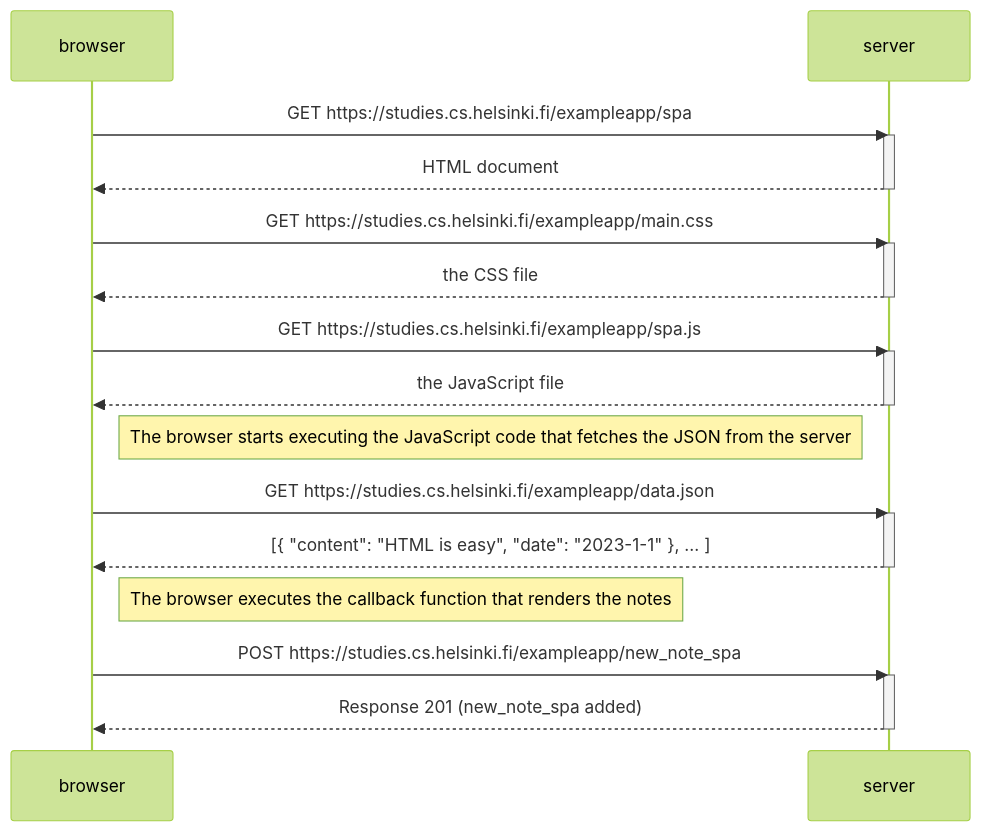
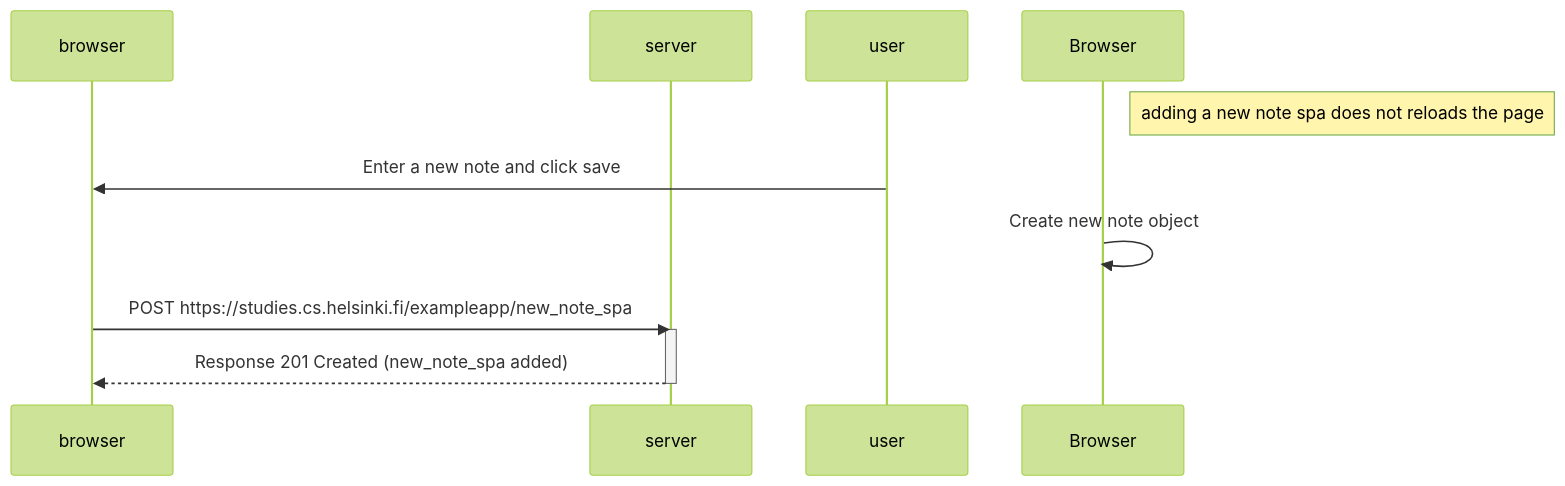
Before and after one commit to nkanagno/my-submissions: the diagram in part0/0.6.New_note_spa_Single_page_app_diagram/New_note__spa_diagram.md, drawn with Mermaid (forest theme). The commit also changed 2 other files, not shown here.

Commit message:
add part0

````diff
--- a/part0/0.6.New_note_spa_Single_page_app_diagram/New_note__spa_diagram.md
+++ b/part0/0.6.New_note_spa_Single_page_app_diagram/New_note__spa_diagram.md
@@ -1,34 +1,16 @@
 ```mermaid
 sequenceDiagram
     participant browser
     participant server
+    participant user
 
-    browser->>server: GET https://studies.cs.helsinki.fi/exampleapp/spa
+    Note right of Browser: adding a new note spa does not reloads the page
+    
+    user->>browser: Enter a new note and click save
+    Browser->>Browser: Create new note object
+    browser->>server: POST https://studies.cs.helsinki.fi/exampleapp/new_note_spa
     activate server
-    server-->>browser: HTML document
+    server-->>browser: Response 201 Created (new_note_spa added)
     deactivate server
 
-    browser->>server: GET https://studies.cs.helsinki.fi/exampleapp/main.css
-    activate server
-    server-->>browser: the CSS file
-    deactivate server
-
-    browser->>server: GET https://studies.cs.helsinki.fi/exampleapp/spa.js
-    activate server
-    server-->>browser: the JavaScript file
-    deactivate server
-
-    Note right of browser: The browser starts executing the JavaScript code that fetches the JSON from the server
-
-    browser->>server: GET https://studies.cs.helsinki.fi/exampleapp/data.json
-    activate server
-    server-->>browser: [{ "content": "HTML is easy", "date": "2023-1-1" }, ... ]
-    deactivate server
-
-    Note right of browser: The browser executes the callback function that renders the notes
-    
-    browser->>server: POST https://studies.cs.helsinki.fi/exampleapp/new_note_spa
-    activate server
-    server-->>browser: Response 201 (new_note_spa added)
-    deactivate server
 ```
````
